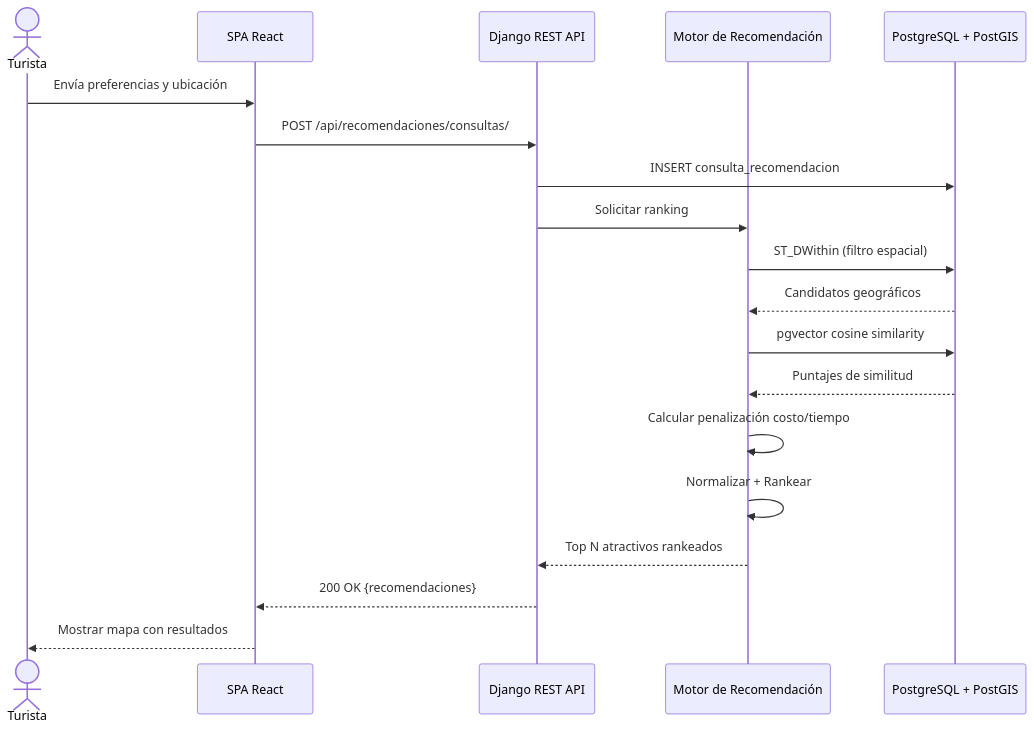
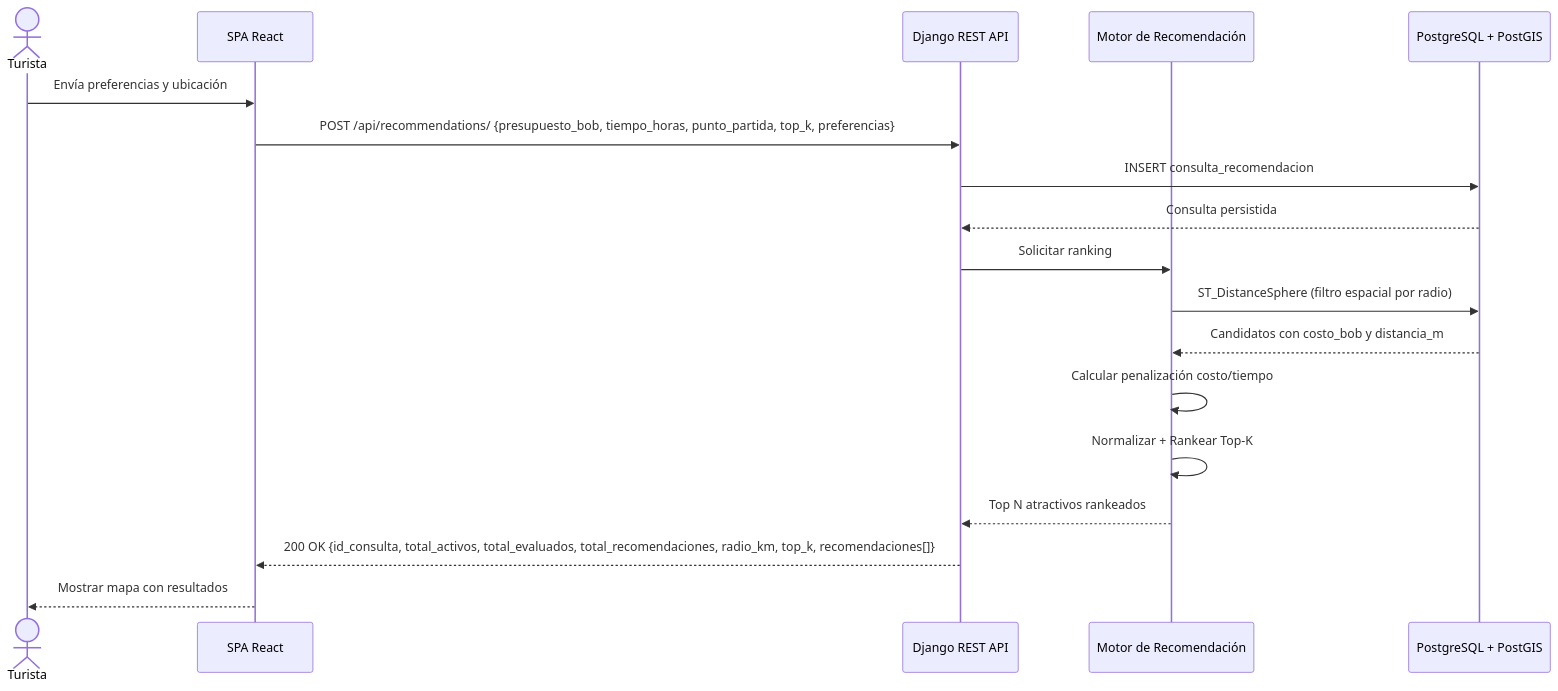
One commit to SajorIARA/proyecto-de-sistemas changed the tenth of 10 diagrams in docs/architecture/03-secuencia.md. Above: the diagram before and after it, drawn with Mermaid. The commit also changed other lines of this file and 227 other files, not shown here.

````diff
--- a/docs/architecture/03-secuencia.md
+++ b/docs/architecture/03-secuencia.md
@@ -53,22 +215,21 @@
 ```mermaid
 sequenceDiagram
     actor Turista
     participant Frontend as SPA React
     participant API as Django REST API
     participant Recomendador as Motor de Recomendación
     participant DB as PostgreSQL + PostGIS
 
     Turista->>Frontend: Envía preferencias y ubicación
-    Frontend->>API: POST /api/recomendaciones/consultas/
+    Frontend->>API: POST /api/recommendations/ {presupuesto_bob, tiempo_horas, punto_partida, top_k, preferencias}
     API->>DB: INSERT consulta_recomendacion
+    DB-->>API: Consulta persistida
     API->>Recomendador: Solicitar ranking
-    Recomendador->>DB: ST_DWithin (filtro espacial)
-    DB-->>Recomendador: Candidatos geográficos
-    Recomendador->>DB: pgvector cosine similarity
-    DB-->>Recomendador: Puntajes de similitud
+    Recomendador->>DB: ST_DistanceSphere (filtro espacial por radio)
+    DB-->>Recomendador: Candidatos con costo_bob y distancia_m
     Recomendador->>Recomendador: Calcular penalización costo/tiempo
-    Recomendador->>Recomendador: Normalizar + Rankear
+    Recomendador->>Recomendador: Normalizar + Rankear Top-K
     Recomendador-->>API: Top N atractivos rankeados
-    API-->>Frontend: 200 OK {recomendaciones}
+    API-->>Frontend: 200 OK {id_consulta, total_activos, total_evaluados, total_recomendaciones, radio_km, top_k, recomendaciones[]}
     Frontend-->>Turista: Mostrar mapa con resultados
 ```
````
